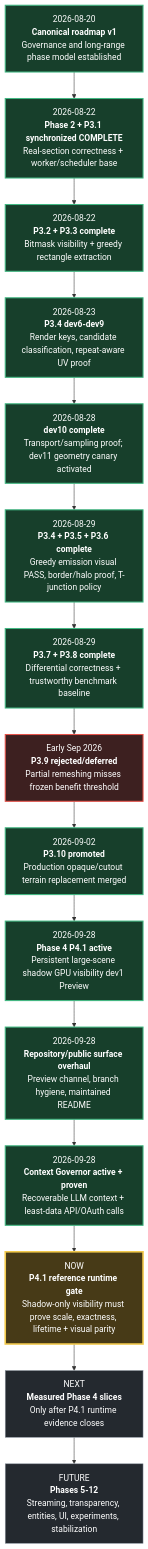
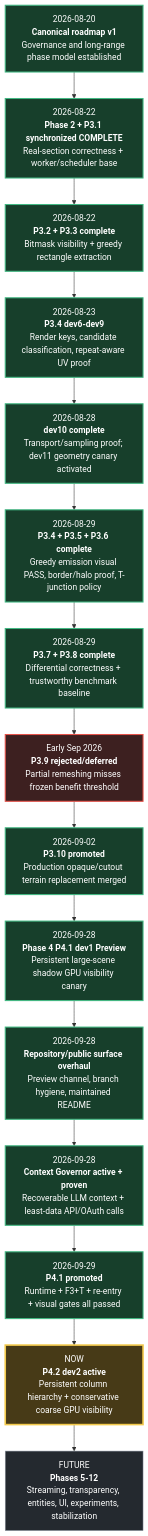
One commit to TrissTheBoss/Obsidian changed the second of 3 diagrams in TIMELINE.md. Above: the diagram before and after it, drawn with Mermaid. The commit also changed other lines of this file, not shown here.

Commit message:
[no-release] Advance timeline to P4.2

````diff
--- a/TIMELINE.md
+++ b/TIMELINE.md
@@ -55,30 +55,30 @@
 ```mermaid
 flowchart TD
     A["2026-08-20<br/><b>Canonical roadmap v1</b><br/>Governance and long-range phase model established"]
     B["2026-08-22<br/><b>Phase 2 + P3.1 synchronized COMPLETE</b><br/>Real-section correctness + worker/scheduler base"]
     C["2026-08-22<br/><b>P3.2 + P3.3 complete</b><br/>Bitmask visibility + greedy rectangle extraction"]
     D["2026-08-23<br/><b>P3.4 dev6-dev9</b><br/>Render keys, candidate classification, repeat-aware UV proof"]
     E["2026-08-28<br/><b>dev10 complete</b><br/>Transport/sampling proof; dev11 geometry canary activated"]
     F["2026-08-29<br/><b>P3.4 + P3.5 + P3.6 complete</b><br/>Greedy emission visual PASS, border/halo proof, T-junction policy"]
     G["2026-08-29<br/><b>P3.7 + P3.8 complete</b><br/>Differential correctness + trustworthy benchmark baseline"]
     H["Early Sep 2026<br/><b>P3.9 rejected/deferred</b><br/>Partial remeshing misses frozen benefit threshold"]
     I["2026-09-02<br/><b>P3.10 promoted</b><br/>Production opaque/cutout terrain replacement merged"]
-    J["2026-09-28<br/><b>Phase 4 P4.1 active</b><br/>Persistent large-scene shadow GPU visibility dev1 Preview"]
+    J["2026-09-28<br/><b>Phase 4 P4.1 dev1 Preview</b><br/>Persistent large-scene shadow GPU visibility canary"]
     K["2026-09-28<br/><b>Repository/public surface overhaul</b><br/>Preview channel, branch hygiene, maintained README"]
     L["2026-09-28<br/><b>Context Governor active + proven</b><br/>Recoverable LLM context + least-data API/OAuth calls"]
-    M["NOW<br/><b>P4.1 reference runtime gate</b><br/>Shadow-only visibility must prove scale, exactness, lifetime + visual parity"]
-    N["NEXT<br/><b>Measured Phase 4 slices</b><br/>Only after P4.1 runtime evidence closes"]
+    M["2026-09-29<br/><b>P4.1 promoted</b><br/>Runtime + F3+T + re-entry + visual gates all passed"]
+    N["NOW<br/><b>P4.2 dev2 active</b><br/>Persistent column hierarchy + conservative coarse GPU visibility"]
     O["FUTURE<br/><b>Phases 5-12</b><br/>Streaming, transparency, entities, UI, experiments, stabilization"]
 
     A --> B --> C --> D --> E --> F --> G --> H --> I --> J --> K --> L --> M --> N --> O
 
     classDef done fill:#173f2b,stroke:#42b883,color:#ffffff,stroke-width:2px;
     classDef rejected fill:#3d2020,stroke:#e5534b,color:#ffffff,stroke-width:2px;
     classDef active fill:#473a17,stroke:#f2c94c,color:#ffffff,stroke-width:3px;
     classDef future fill:#24292f,stroke:#8c959f,color:#ffffff,stroke-width:1px;
 
-    class A,B,C,D,E,F,G,I,J,K,L done;
+    class A,B,C,D,E,F,G,I,J,K,L,M done;
     class H rejected;
-    class M active;
-    class N,O future;
+    class N active;
+    class O future;
 ```
````
